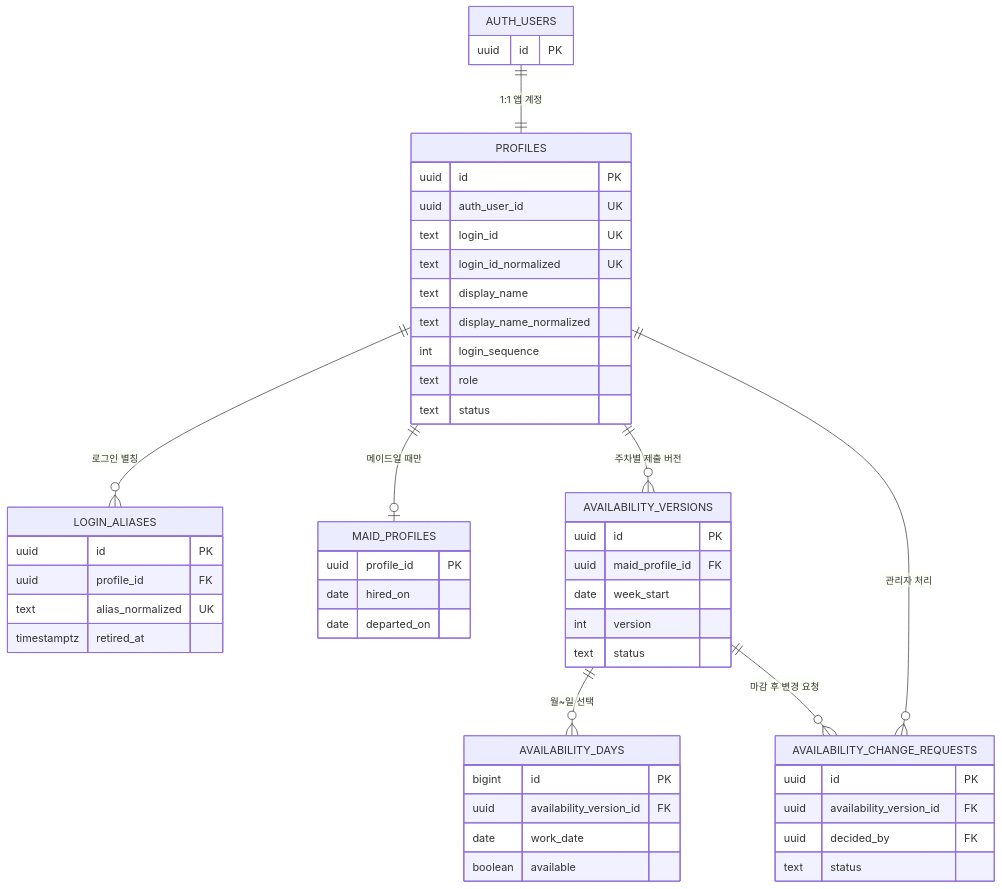
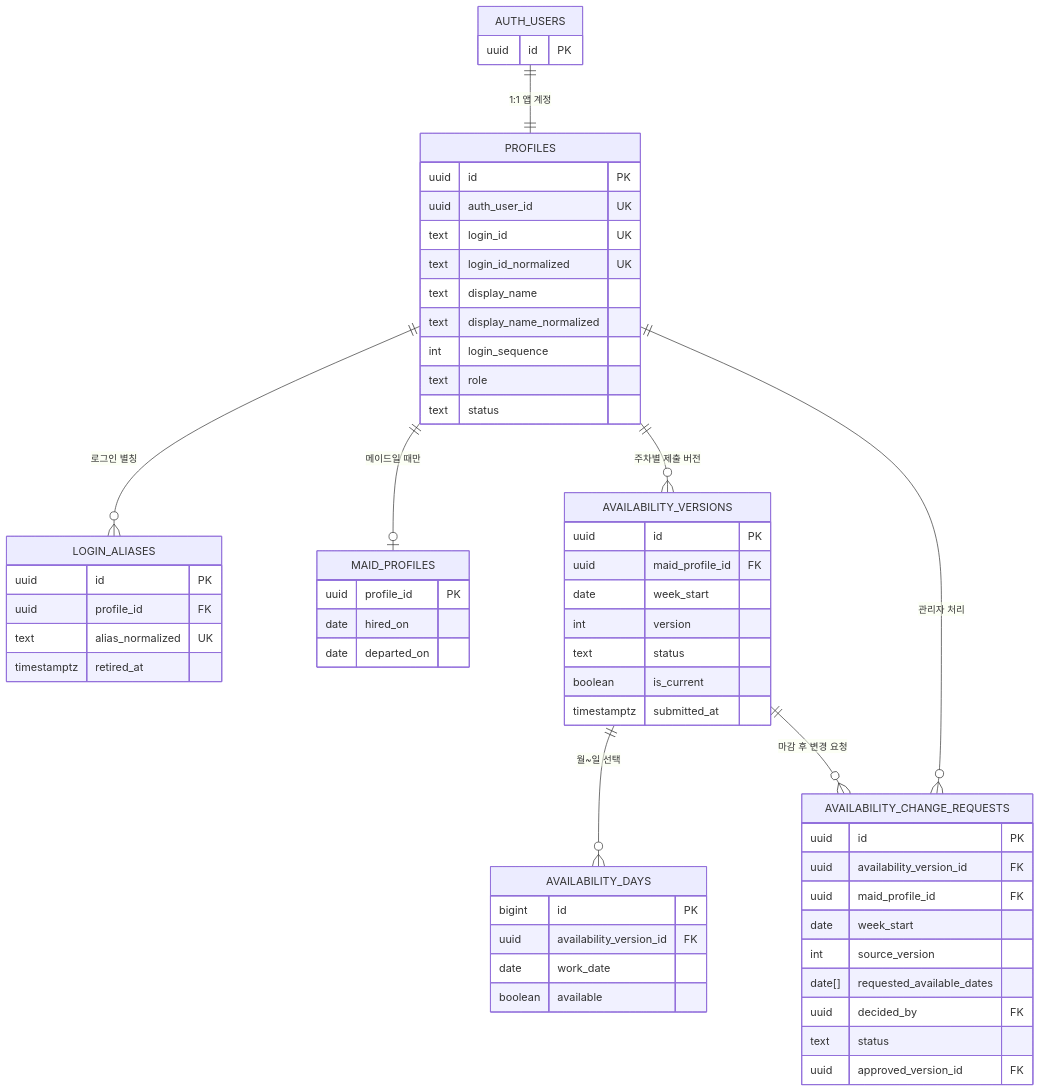
The second of 5 diagrams in docs/ERD.md (wrongstory/room-management-system-backend), drawn with Mermaid before and after one commit. The commit also changed other lines of this file and 61 other files, not shown here.

````diff
--- a/docs/ERD.md
+++ b/docs/ERD.md
@@ -35,55 +35,62 @@
 ```mermaid
 erDiagram
   AUTH_USERS ||--|| PROFILES : "1:1 앱 계정"
   PROFILES ||--o{ LOGIN_ALIASES : "로그인 별칭"
   PROFILES ||--o| MAID_PROFILES : "메이드일 때만"
   PROFILES ||--o{ AVAILABILITY_VERSIONS : "주차별 제출 버전"
   AVAILABILITY_VERSIONS ||--o{ AVAILABILITY_DAYS : "월~일 선택"
   AVAILABILITY_VERSIONS ||--o{ AVAILABILITY_CHANGE_REQUESTS : "마감 후 변경 요청"
   PROFILES ||--o{ AVAILABILITY_CHANGE_REQUESTS : "관리자 처리"
 
   AUTH_USERS {
     uuid id PK
   }
   PROFILES {
     uuid id PK
     uuid auth_user_id UK
     text login_id UK
     text login_id_normalized UK
     text display_name
     text display_name_normalized
     int login_sequence
     text role
     text status
   }
   LOGIN_ALIASES {
     uuid id PK
     uuid profile_id FK
     text alias_normalized UK
     timestamptz retired_at
   }
   MAID_PROFILES {
     uuid profile_id PK
     date hired_on
     date departed_on
   }
   AVAILABILITY_VERSIONS {
     uuid id PK
     uuid maid_profile_id FK
     date week_start
     int version
     text status
+    boolean is_current
+    timestamptz submitted_at
   }
   AVAILABILITY_DAYS {
     bigint id PK
     uuid availability_version_id FK
     date work_date
     boolean available
   }
   AVAILABILITY_CHANGE_REQUESTS {
     uuid id PK
     uuid availability_version_id FK
+    uuid maid_profile_id FK
+    date week_start
+    int source_version
+    date[] requested_available_dates
     uuid decided_by FK
     text status
+    uuid approved_version_id FK
   }
 ```
````
